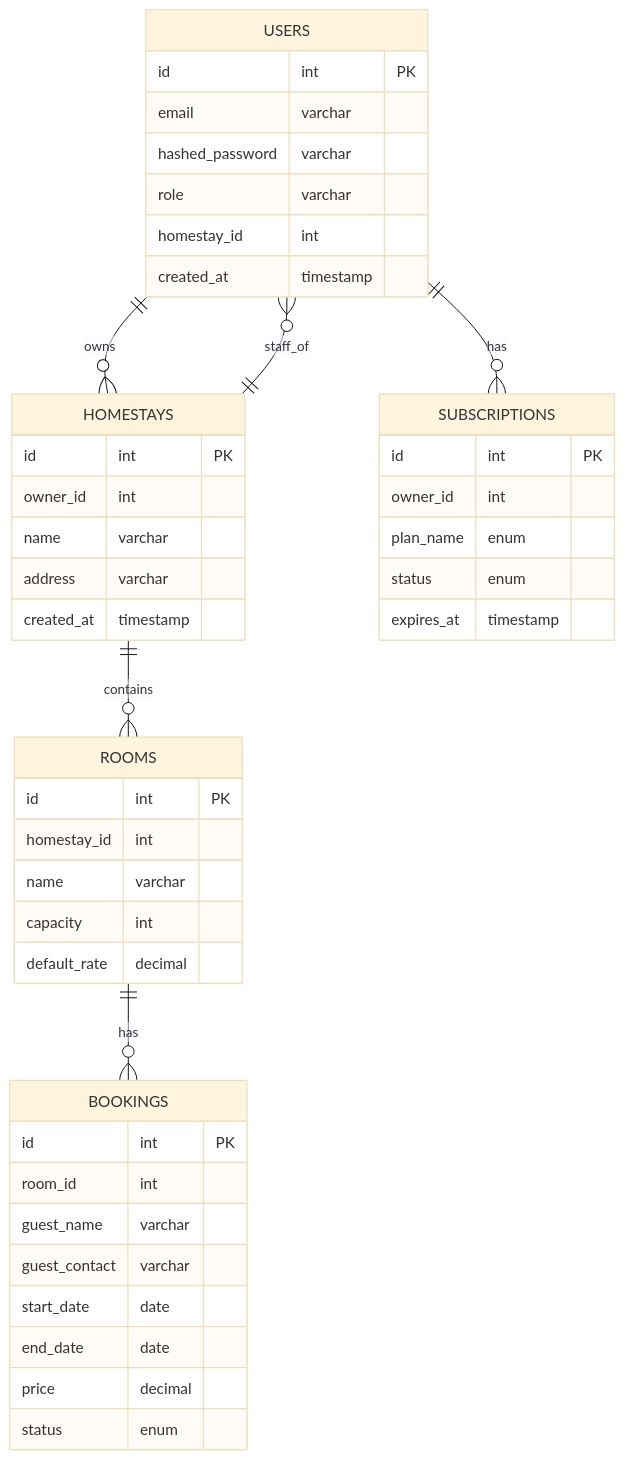
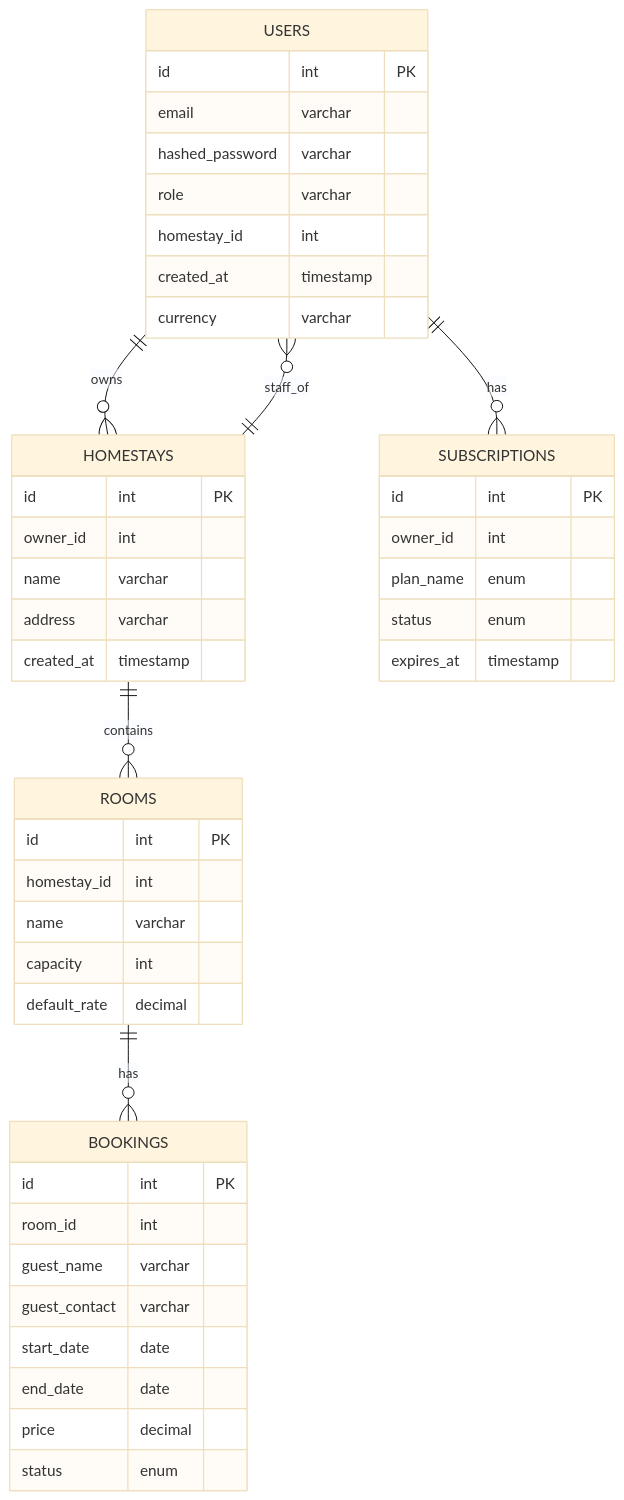
One commit to netfirms/staycal changed the second of 2 diagrams in README.md. Above: the diagram before and after it, drawn with Mermaid (base theme). The commit also changed other lines of this file and 8 other files, not shown here.

````diff
--- a/README.md
+++ b/README.md
@@ -116,48 +116,49 @@
 ```mermaid
 erDiagram
   USERS ||--o{ HOMESTAYS : owns
   USERS ||--o{ SUBSCRIPTIONS : has
   HOMESTAYS ||--o{ ROOMS : contains
   HOMESTAYS ||--o{ USERS : staff_of
   ROOMS ||--o{ BOOKINGS : has
 
   USERS {
     id int PK
     email varchar
     hashed_password varchar
     role varchar
     homestay_id int
     created_at timestamp
+    currency varchar
   }
   SUBSCRIPTIONS {
     id int PK
     owner_id int
     plan_name enum
     status enum
     expires_at timestamp
   }
   HOMESTAYS {
     id int PK
     owner_id int
     name varchar
     address varchar
     created_at timestamp
   }
   ROOMS {
     id int PK
     homestay_id int
     name varchar
     capacity int
     default_rate decimal
   }
   BOOKINGS {
     id int PK
     room_id int
     guest_name varchar
     guest_contact varchar
     start_date date
     end_date date
     price decimal
     status enum
   }
 ```
````
